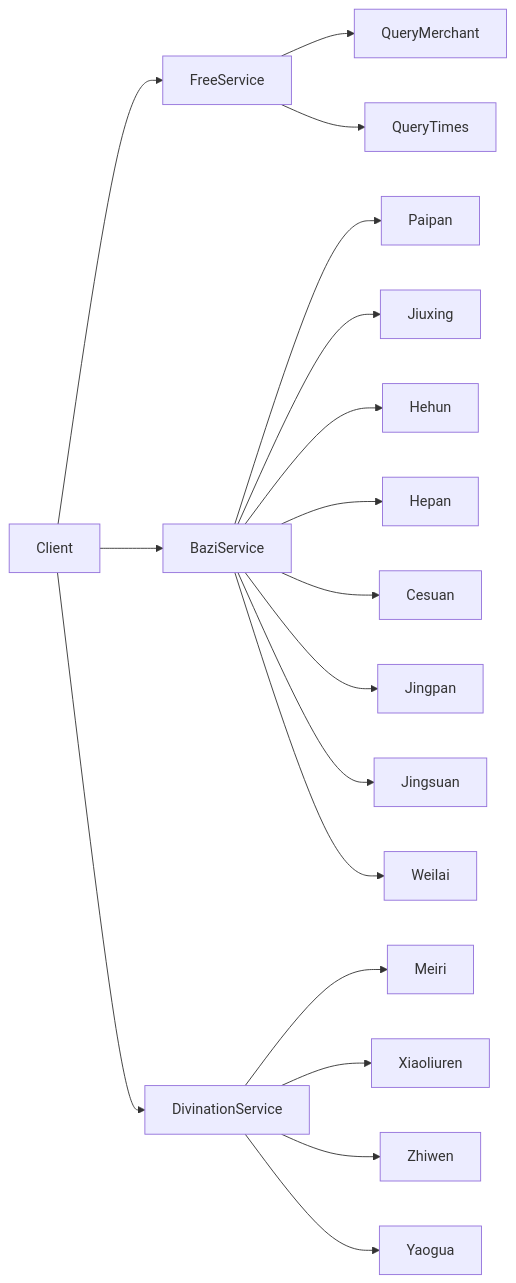
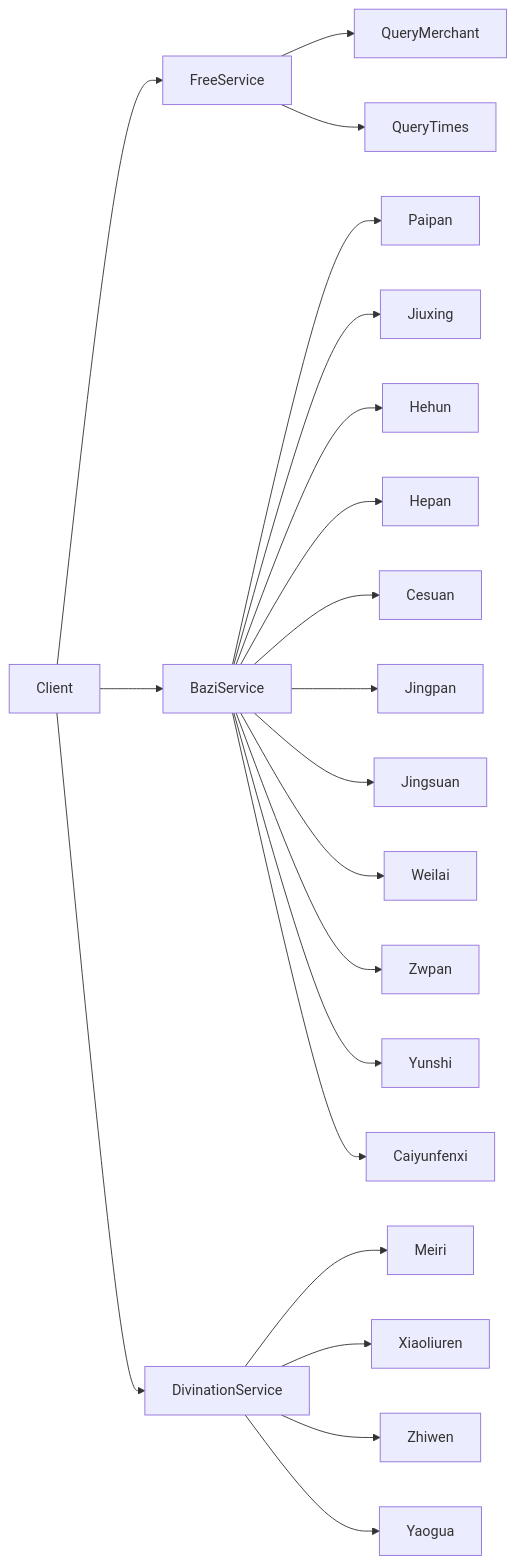
One commit to Scorpio69t/yuanfenju-go-sdk changed the first of 2 diagrams in README.md. Above: the diagram before and after it, drawn with Mermaid. The commit also changed other lines of this file and 4 other files, not shown here.

Commit message:
feat: add typed zwpan/yunshi/caiyunfenxi bazi services with validation and tests

````diff
--- a/README.md
+++ b/README.md
@@ -58,23 +58,26 @@
 ```mermaid
 flowchart LR
     A[Client] --> B[FreeService]
     A --> C[BaziService]
     A --> D[DivinationService]
 
     B --> B1[QueryMerchant]
     B --> B2[QueryTimes]
 
     C --> C1[Paipan]
     C --> C2[Jiuxing]
     C --> C3[Hehun]
     C --> C4[Hepan]
     C --> C5[Cesuan]
     C --> C6[Jingpan]
     C --> C7[Jingsuan]
     C --> C8[Weilai]
+    C --> C9[Zwpan]
+    C --> C10[Yunshi]
+    C --> C11[Caiyunfenxi]
 
     D --> D1[Meiri]
     D --> D2[Xiaoliuren]
     D --> D3[Zhiwen]
     D --> D4[Yaogua]
 ```
````
